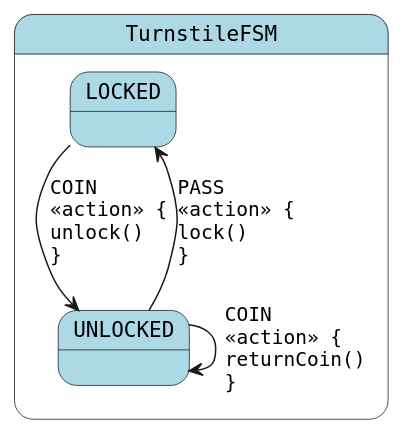
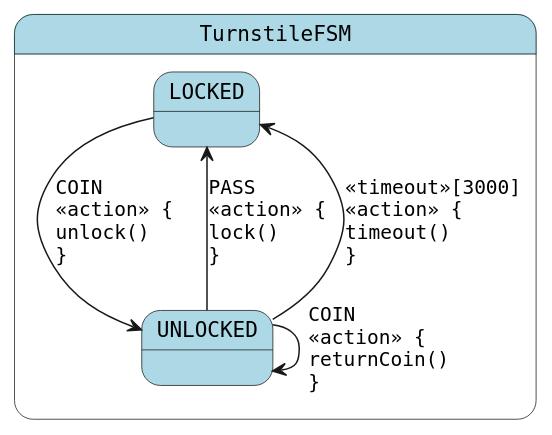
One commit to open-jumpco/kfsm-web changed the diagram in generated/turnstile.plantuml. Above: the diagram before and after it, drawn with PlantUML. The commit also changed 4 other files, not shown here.

```diff
--- a/generated/turnstile.plantuml
+++ b/generated/turnstile.plantuml
@@ -1,12 +1,13 @@
 @startuml
 skinparam StateFontName Helvetica
 skinparam defaultFontName Monospaced
 skinparam state {
     BackgroundColor LightBlue
 }
 state TurnstileFSM {
 LOCKED --> UNLOCKED : COIN\l<<action>> {\lunlock()\l}
 UNLOCKED --> LOCKED : PASS\l<<action>> {\llock()\l}
 UNLOCKED --> UNLOCKED : COIN\l<<action>> {\lreturnCoin()\l}
+UNLOCKED --> LOCKED : <<timeout>>[3000]\l<<action>> {\ltimeout()\l}
 }
 @enduml
```
